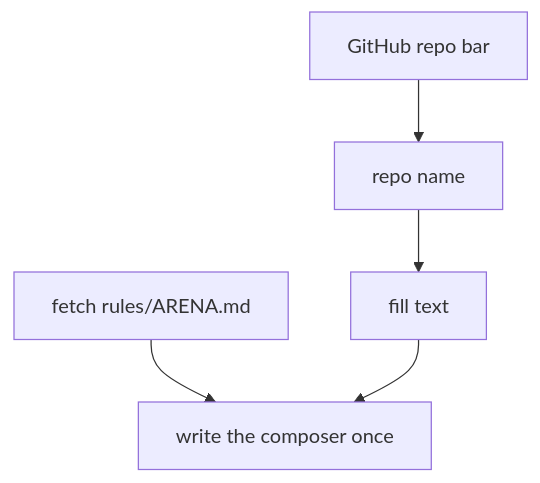
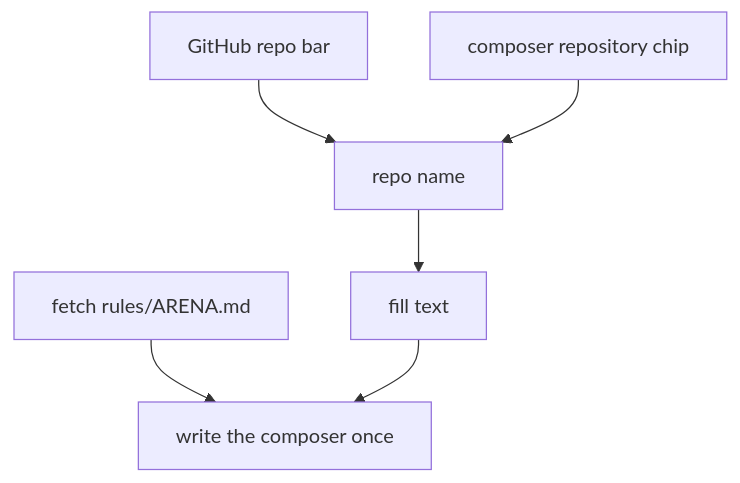
One commit to nemoe7/clankers changed the diagram in userscripts/README.md. Above: the diagram before and after it, drawn with Mermaid. The commit also changed other lines of this file and 3 other files, not shown here.

Commit message:
fix(userscripts): read the fill repository from the composer chip

````diff
--- a/userscripts/README.md
+++ b/userscripts/README.md
@@ -47,7 +49,8 @@
 ```mermaid
 flowchart TB
   B[GitHub repo bar] --> N[repo name]
+  C[composer repository chip] --> N
   N --> T[fill text]
   F[fetch rules/ARENA.md] --> W[write the composer once]
   T --> W
 ```
````
